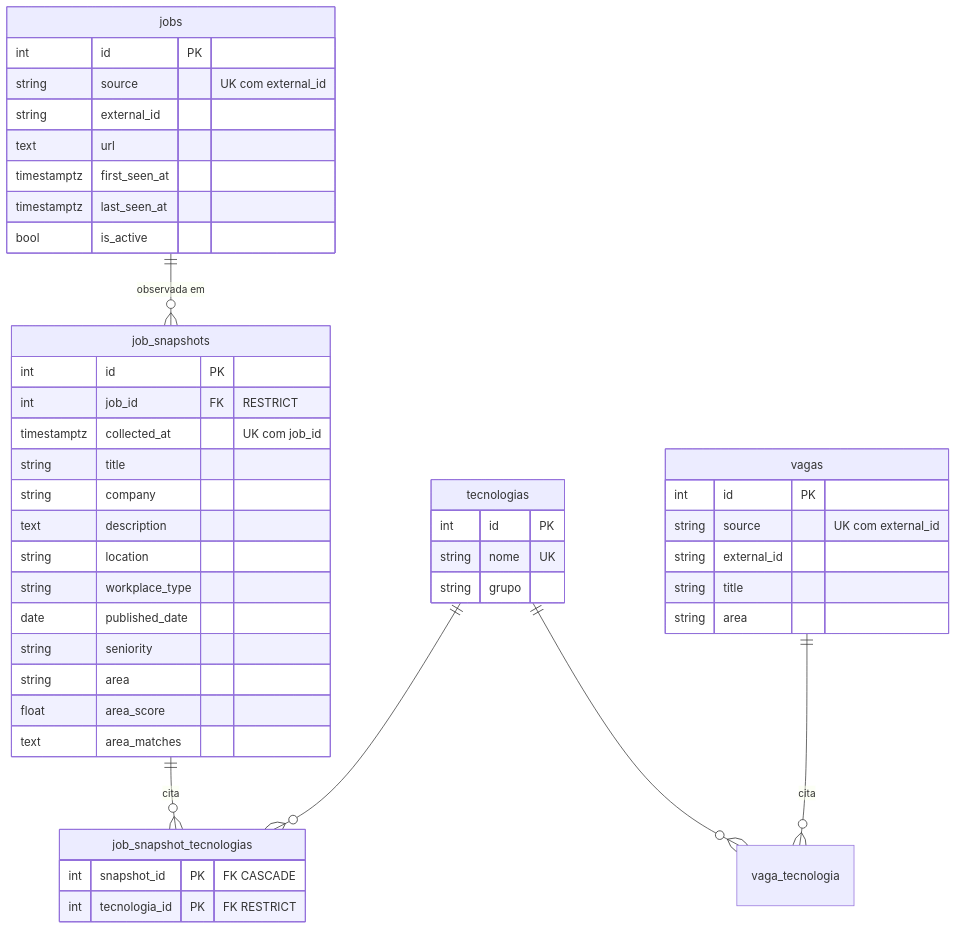
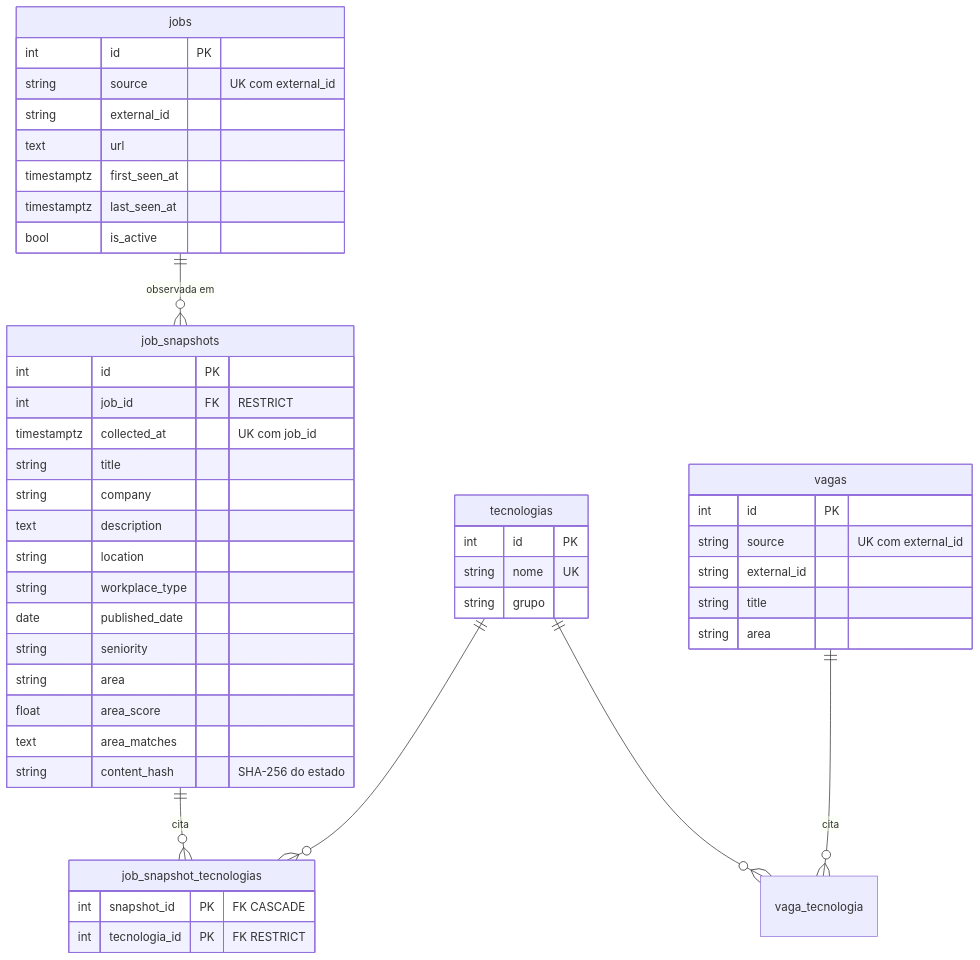
One commit to EmidioLP/vagas-tech-junior changed the diagram in docs/data-model.md. Above: the diagram before and after it, drawn with Mermaid. The commit also changed other lines of this file and 20 other files, not shown here.

````diff
--- a/docs/data-model.md
+++ b/docs/data-model.md
@@ -12,49 +13,50 @@
 ```mermaid
 erDiagram
     jobs ||--o{ job_snapshots : "observada em"
     job_snapshots ||--o{ job_snapshot_tecnologias : cita
     tecnologias ||--o{ job_snapshot_tecnologias : ""
     vagas ||--o{ vaga_tecnologia : cita
     tecnologias ||--o{ vaga_tecnologia : ""
 
     jobs {
         int id PK
         string source "UK com external_id"
         string external_id
         text url
         timestamptz first_seen_at
         timestamptz last_seen_at
         bool is_active
     }
     job_snapshots {
         int id PK
         int job_id FK "RESTRICT"
         timestamptz collected_at "UK com job_id"
         string title
         string company
         text description
         string location
         string workplace_type
         date published_date
         string seniority
         string area
         float area_score
         text area_matches
+        string content_hash "SHA-256 do estado"
     }
     job_snapshot_tecnologias {
         int snapshot_id PK "FK CASCADE"
         int tecnologia_id PK "FK RESTRICT"
     }
     tecnologias {
         int id PK
         string nome UK
         string grupo
     }
     vagas {
         int id PK
         string source "UK com external_id"
         string external_id
         string title
         string area
     }
 ```
````
